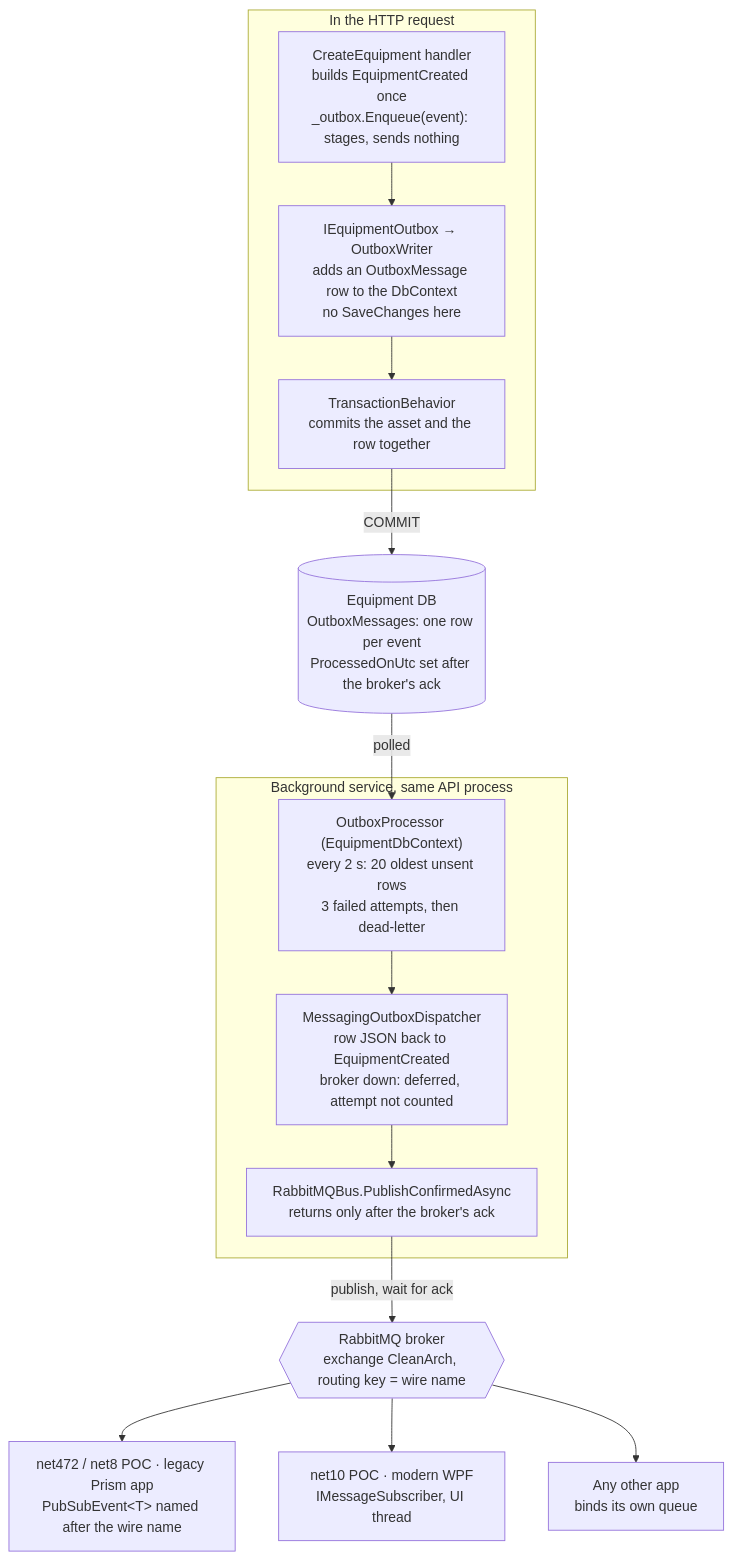
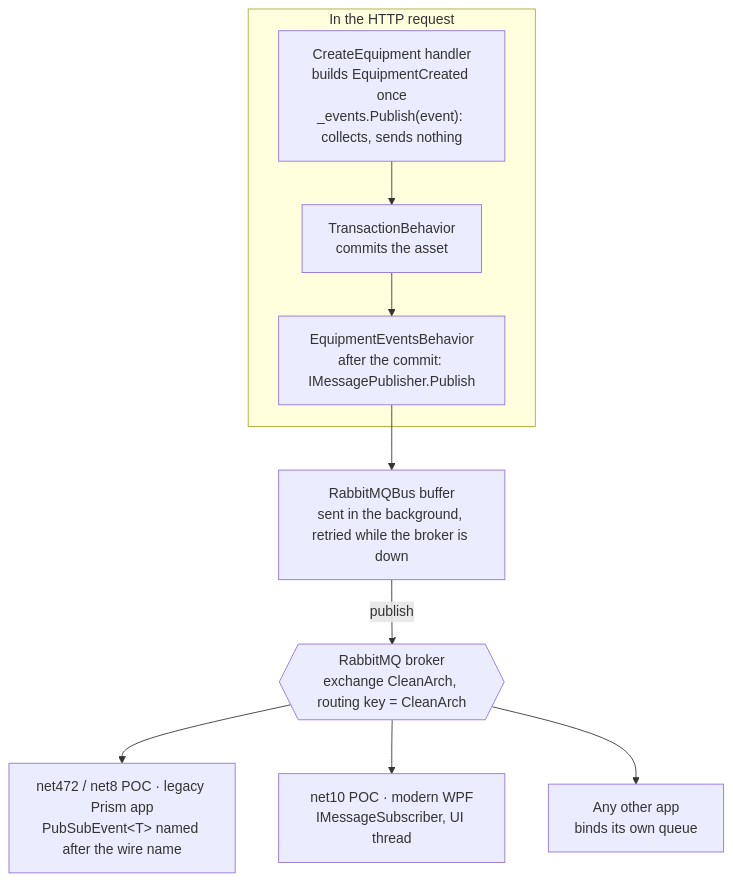
Before and after one commit to ncowine/CleanArchitecture: the diagram in docs/messaging/how-the-api-uses-rabbitmq.md, drawn with Mermaid. The commit also changed other lines of this file and 192 other files, not shown here.

````diff
--- a/docs/messaging/how-the-api-uses-rabbitmq.md
+++ b/docs/messaging/how-the-api-uses-rabbitmq.md
@@ -58,26 +57,19 @@
 ```mermaid
 flowchart TB
     subgraph Request["In the HTTP request"]
-        H["CreateEquipment handler<br/>builds EquipmentCreated once<br/>_outbox.Enqueue(event): stages, sends nothing"]
-        W["IEquipmentOutbox → OutboxWriter<br/>adds an OutboxMessage row to the DbContext<br/>no SaveChanges here"]
-        T["TransactionBehavior<br/>commits the asset and the row together"]
-        H --> W --> T
+        H["CreateEquipment handler<br/>builds EquipmentCreated once<br/>_events.Publish(event): collects, sends nothing"]
+        T["TransactionBehavior<br/>commits the asset"]
+        E["EquipmentEventsBehavior<br/>after the commit: IMessagePublisher.Publish"]
+        H --> T --> E
     end
-    DB[("Equipment DB<br/>OutboxMessages: one row per event<br/>ProcessedOnUtc set after the broker's ack")]
-    subgraph Background["Background service, same API process"]
-        P["OutboxProcessor (EquipmentDbContext)<br/>every 2 s: 20 oldest unsent rows<br/>3 failed attempts, then dead-letter"]
-        D["MessagingOutboxDispatcher<br/>row JSON back to EquipmentCreated<br/>broker down: deferred, attempt not counted"]
-        B["RabbitMQBus.PublishConfirmedAsync<br/>returns only after the broker's ack"]
-        P --> D --> B
-    end
-    MQ{{"RabbitMQ broker<br/>exchange CleanArch, routing key = wire name"}}
+    B["RabbitMQBus buffer<br/>sent in the background, retried while the broker is down"]
+    MQ{{"RabbitMQ broker<br/>exchange CleanArch, routing key = CleanArch"}}
     R1["net472 / net8 POC · legacy Prism app<br/>PubSubEvent&lt;T&gt; named after the wire name"]
     R2["net10 POC · modern WPF<br/>IMessageSubscriber, UI thread"]
     R3["Any other app<br/>binds its own queue"]
-    T -- COMMIT --> DB
-    DB -- polled --> P
-    B -- "publish, wait for ack" --> MQ
+    E --> B
+    B -- publish --> MQ
     MQ --> R1
     MQ --> R2
     MQ --> R3
 ```
````
